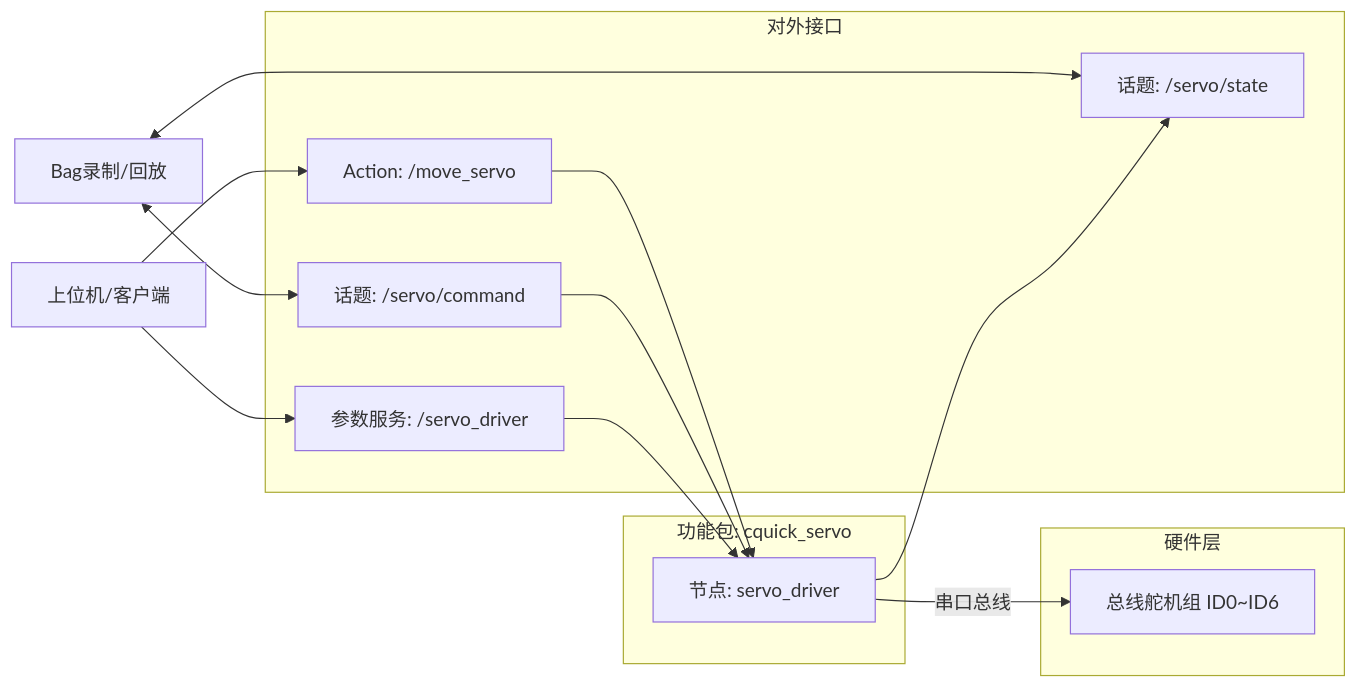
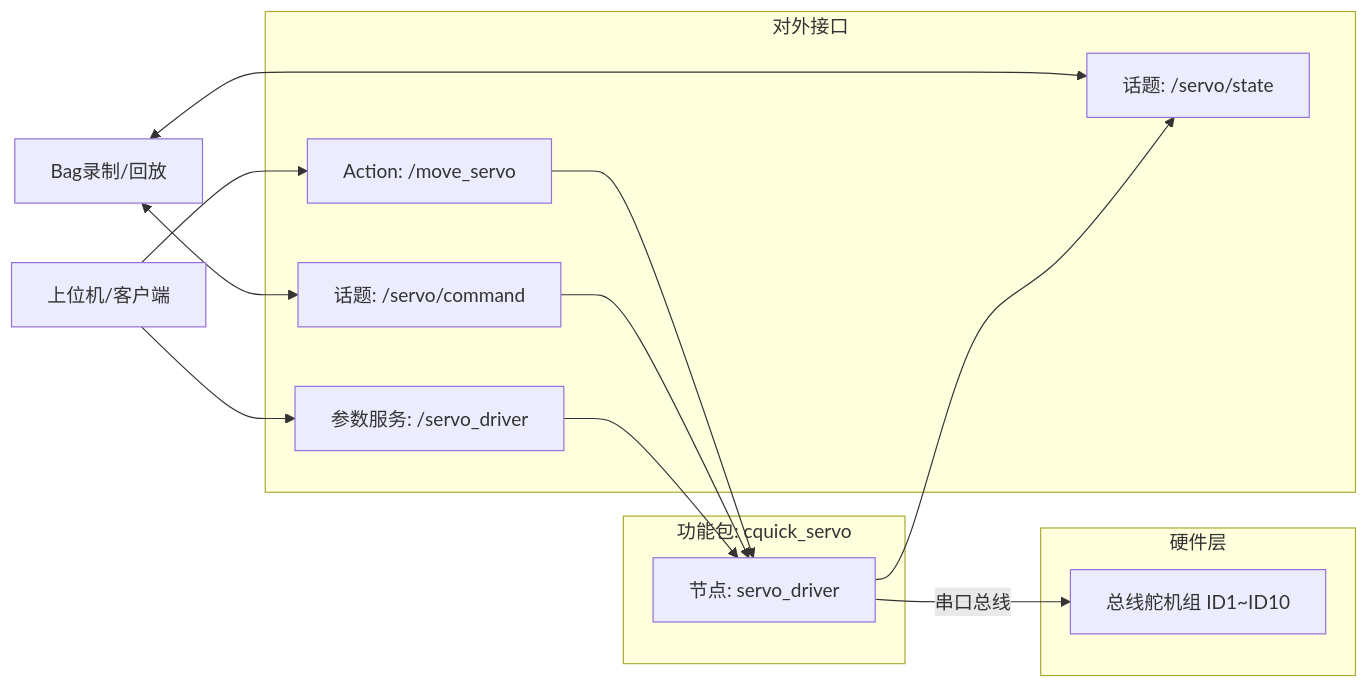
The diagram in 电控组/Week3-4/fanchuangxin/README.md (woailuyao/cquick-recruitment), drawn with Mermaid before and after one commit. The commit also changed other lines of this file, not shown here.

````diff
--- a/电控组/Week3-4/fanchuangxin/README.md
+++ b/电控组/Week3-4/fanchuangxin/README.md
@@ -13,29 +13,29 @@
 ```mermaid
 graph LR
     subgraph 功能包: cquick_servo
         N[节点: servo_driver]
     end
 
     subgraph 对外接口
         A[Action: /move_servo]
         T1[话题: /servo/command]
         T2[话题: /servo/state]
         P[参数服务: /servo_driver]
     end
 
     subgraph 硬件层
-        S[总线舵机组 ID0~ID6]
+        S[总线舵机组 ID1~ID10]
     end
 
     U[上位机/客户端] --> A
     U --> P
     Bag[Bag录制/回放] <--> T1
     Bag <--> T2
 
     A --> N
     T1 --> N
     N --> T2
     P --> N
 
     N --串口总线--> S
 ```
````
